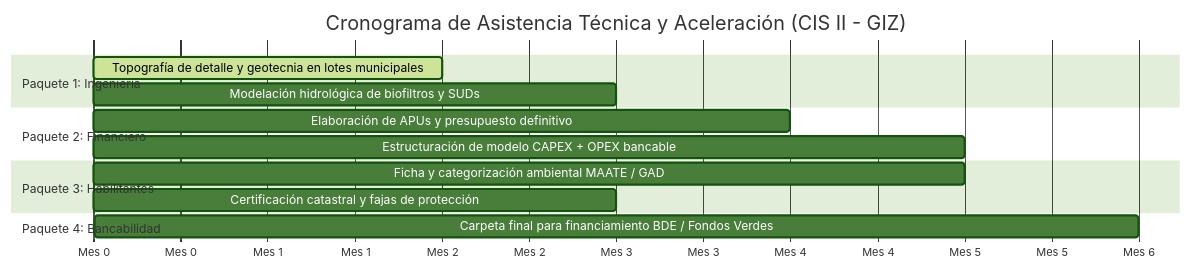
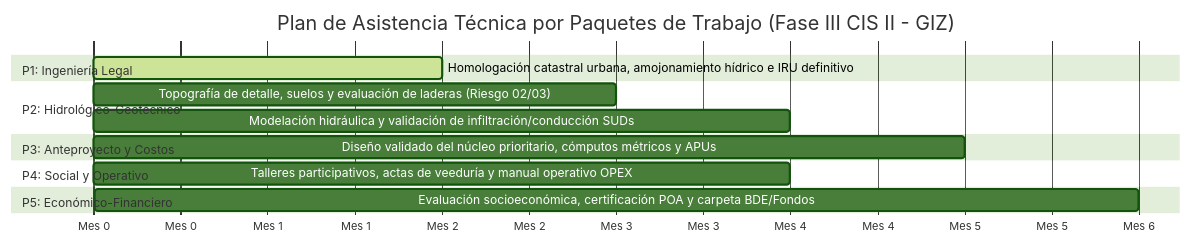
The diagram in docs/vaults/v04-expediente-proyecto-capuli/assets/ruta_critica_aceleracion.mmd (EryckFCS/03_Practicas_Preprofesionales), drawn with Mermaid (forest theme) before and after one commit. The commit also changed 25 other files, not shown here.

```diff
--- a/docs/vaults/v04-expediente-proyecto-capuli/assets/ruta_critica_aceleracion.mmd
+++ b/docs/vaults/v04-expediente-proyecto-capuli/assets/ruta_critica_aceleracion.mmd
@@ -1,19 +1,20 @@
 gantt
-    title Cronograma de Asistencia Técnica y Aceleración (CIS II - GIZ)
+    title Plan de Asistencia Técnica por Paquetes de Trabajo (Fase III CIS II - GIZ)
     dateFormat  X
     axisFormat Mes %s
     
-    section Paquete 1: Ingeniería
-    Topografía de detalle y geotecnia en lotes municipales :active, p1, 0, 2
-    Modelación hidrológica de biofiltros y SUDs             :p2, 1, 3
+    section P1: Ingeniería Legal
+    Homologación catastral urbana, amojonamiento hídrico e IRU definitivo :active, p1, 0, 2
     
-    section Paquete 2: Financiero
-    Elaboración de APUs y presupuesto definitivo            :p3, 2, 4
-    Estructuración de modelo CAPEX + OPEX bancable          :p4, 3, 5
+    section P2: Hidrológico-Geotécnico
+    Topografía de detalle, suelos y evaluación de laderas (Riesgo 02/03)  :p2, 1, 3
+    Modelación hidráulica y validación de infiltración/conducción SUDs    :p3, 2, 4
     
-    section Paquete 3: Habilitantes
-    Ficha y categorización ambiental MAATE / GAD            :p5, 2, 5
-    Certificación catastral y fajas de protección           :p6, 1, 3
+    section P3: Anteproyecto y Costos
+    Diseño validado del núcleo prioritario, cómputos métricos y APUs      :p4, 3, 5
     
-    section Paquete 4: Bancabilidad
-    Carpeta final para financiamiento BDE / Fondos Verdes   :p7, 4, 6
+    section P4: Social y Operativo
+    Talleres participativos, actas de veeduría y manual operativo OPEX    :p5, 1, 4
+    
+    section P5: Económico-Financiero
+    Evaluación socioeconómica, certificación POA y carpeta BDE/Fondos     :p6, 4, 6
```
